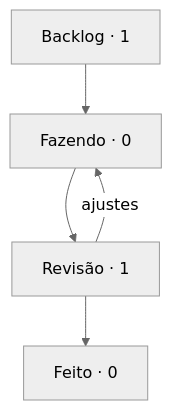
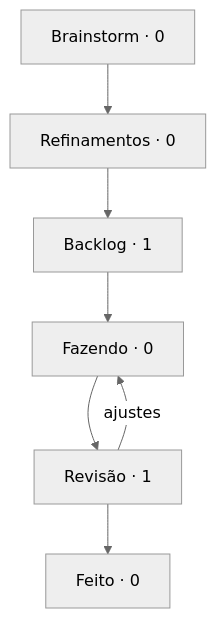
The diagram in boards/morrow-days/BOARD.md (StudioVibi/VibiKanban), drawn with Mermaid (neutral theme) before and after one commit. The commit also changed other lines of this file and 16 other files, not shown here.

First line of the commit message:
quadro: colunas Brainstorm e Refinamentos, escondidas atrás de uma seta à esquerda

````diff
--- a/boards/morrow-days/BOARD.md
+++ b/boards/morrow-days/BOARD.md
@@ -5,10 +5,12 @@
 ```mermaid
 flowchart TD
-  backlog["Backlog · 1"] --> doing["Fazendo · 0"]
+  brainstorm["Brainstorm · 0"] --> refinamentos["Refinamentos · 0"]
+  refinamentos --> backlog["Backlog · 1"]
+  backlog --> doing["Fazendo · 0"]
   doing --> review["Revisão · 1"]
   review --> done["Feito · 0"]
   review -->|ajustes| doing
   doing:::blue
   review:::yellow
   done:::green
 ```
````
